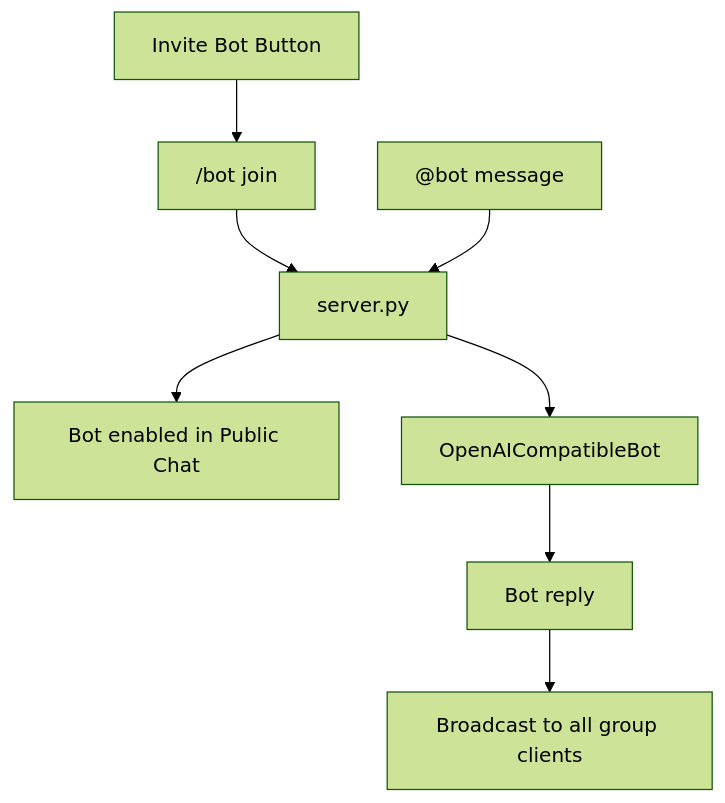
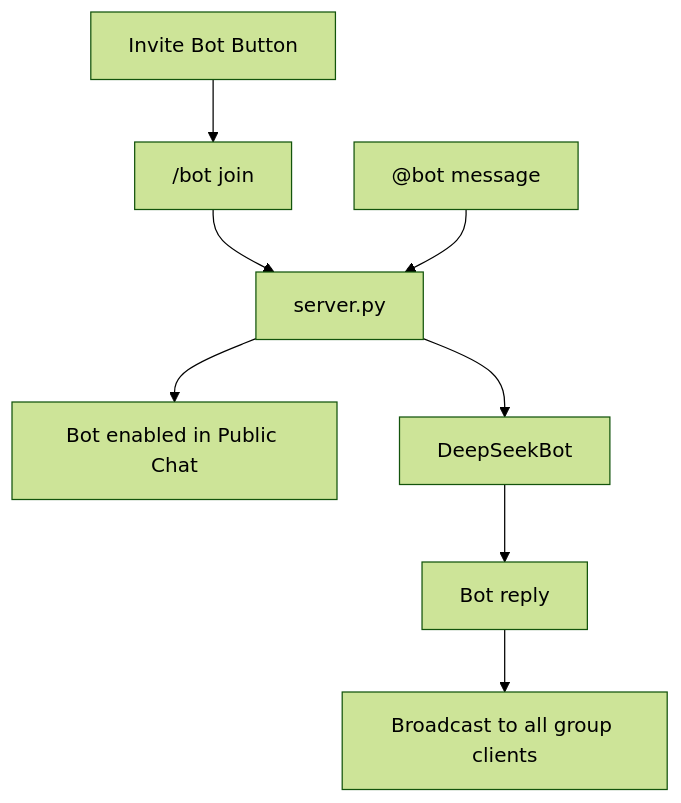
The second of 2 diagrams in system_structure.md (highplayerjason-max/ICDS_final_project), drawn with Mermaid (forest theme) before and after one commit. The commit also changed other lines of this file and 4 other files, not shown here.

Commit message:
Use DeepSeek-only chatbot API

````diff
--- a/system_structure.md
+++ b/system_structure.md
@@ -84,10 +84,10 @@
 ```mermaid
 flowchart TD
     invite[Invite Bot Button] --> joinCommand["/bot join"]
     joinCommand --> server[server.py]
     server --> groupState[Bot enabled in Public Chat]
     userMention["@bot message"] --> server
-    server --> bot[OpenAICompatibleBot]
+    server --> bot[DeepSeekBot]
     bot --> botReply[Bot reply]
     botReply --> broadcast[Broadcast to all group clients]
 ```
````
